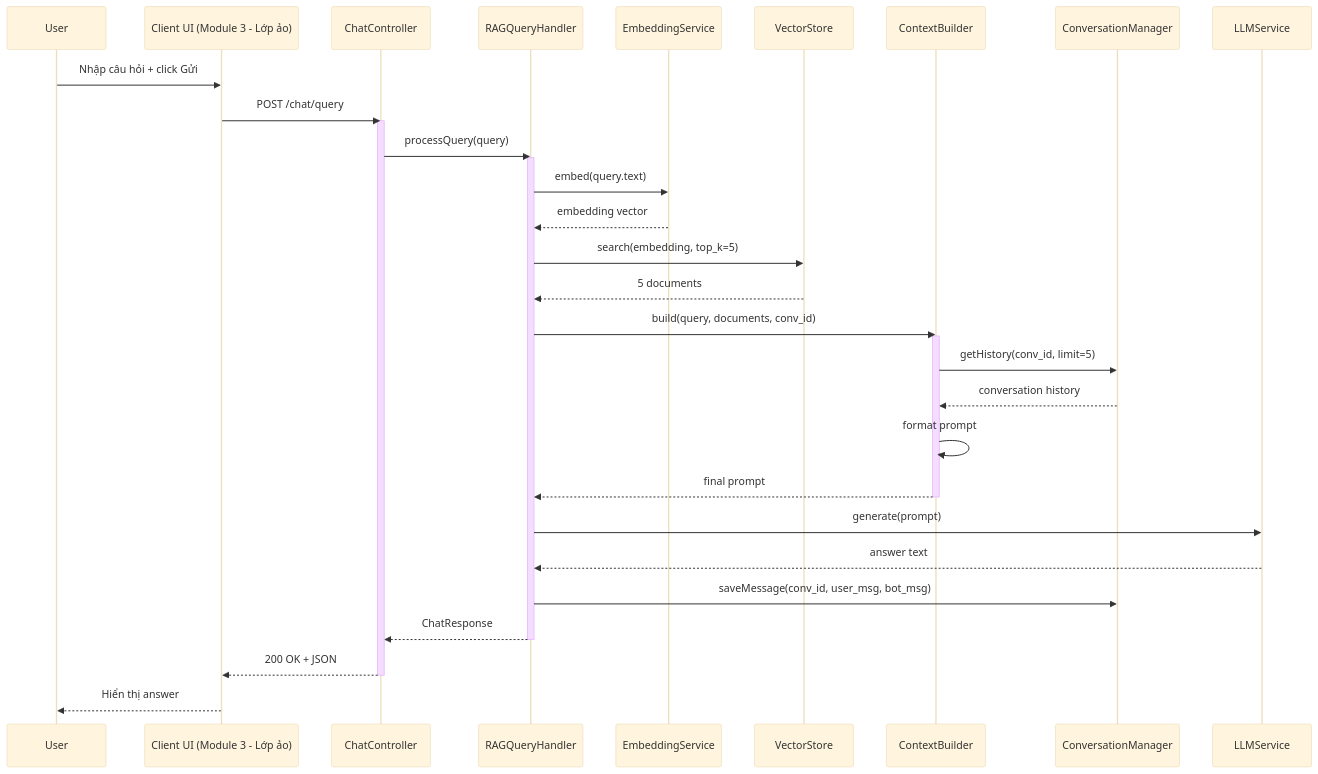
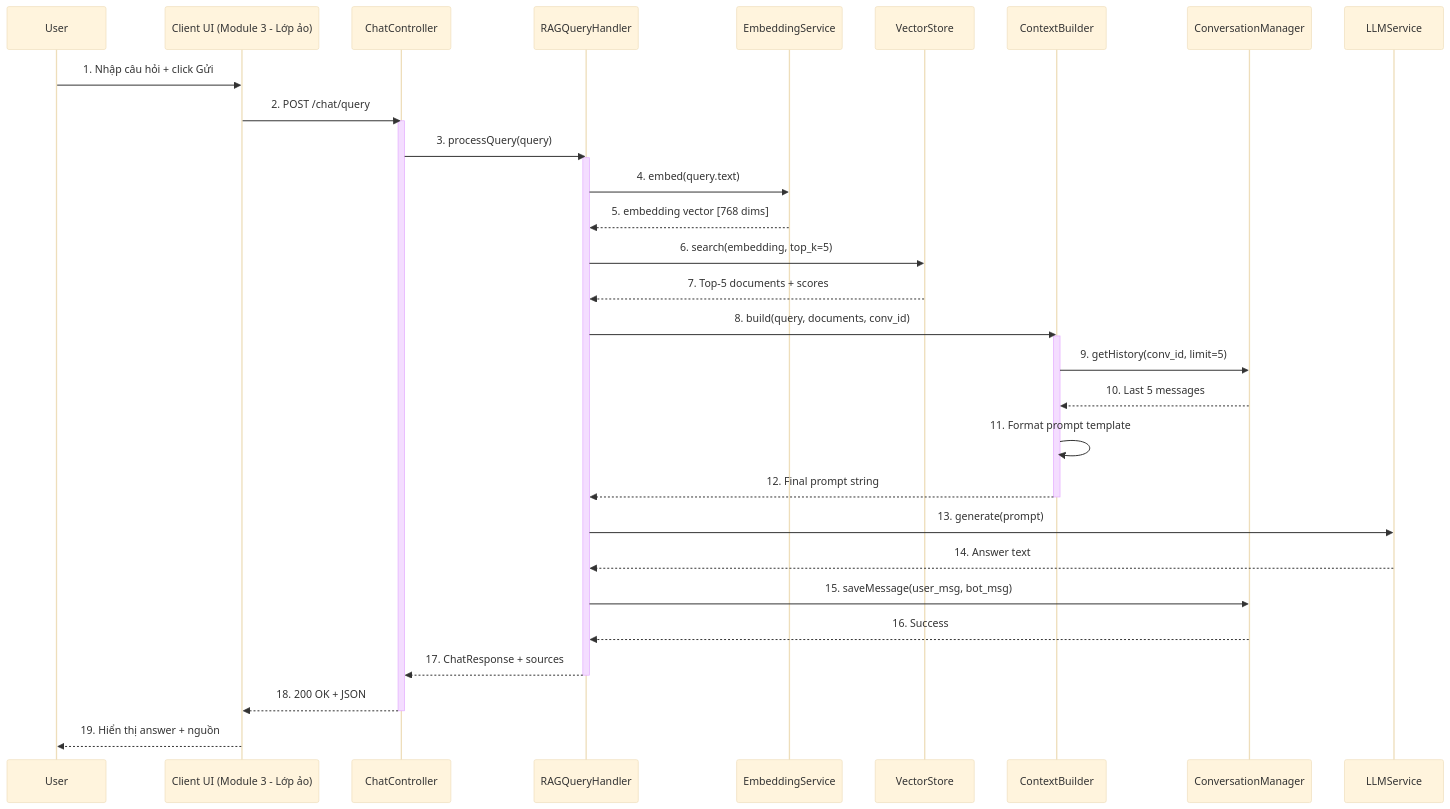
Diagram 14 of 18 in README.md (tvanle/Module2-HTTM), drawn with Mermaid (base theme) before and after one commit. The commit also changed other lines of this file, not shown here.

````diff
--- a/README.md
+++ b/README.md
@@ -665,44 +1337,46 @@
 ```mermaid
 sequenceDiagram
     participant User as User
     participant ClientUI as Client UI (Module 3 - Lớp ảo)
     participant Controller as ChatController
     participant RAG as RAGQueryHandler
     participant Embed as EmbeddingService
     participant VDB as VectorStore
     participant Context as ContextBuilder
     participant Conv as ConversationManager
     participant LLM as LLMService
 
-    User->>ClientUI: Nhập câu hỏi + click Gửi
-    ClientUI->>Controller: POST /chat/query
+    User->>ClientUI: 1. Nhập câu hỏi + click Gửi
+    ClientUI->>Controller: 2. POST /chat/query
     activate Controller
 
-    Controller->>RAG: processQuery(query)
+    Controller->>RAG: 3. processQuery(query)
     activate RAG
 
-    RAG->>Embed: embed(query.text)
-    Embed-->>RAG: embedding vector
+    RAG->>Embed: 4. embed(query.text)
+    Embed-->>RAG: 5. embedding vector [768 dims]
 
-    RAG->>VDB: search(embedding, top_k=5)
-    VDB-->>RAG: 5 documents
+    RAG->>VDB: 6. search(embedding, top_k=5)
+    VDB-->>RAG: 7. Top-5 documents + scores
 
-    RAG->>Context: build(query, documents, conv_id)
+    RAG->>Context: 8. build(query, documents, conv_id)
     activate Context
-    Context->>Conv: getHistory(conv_id, limit=5)
-    Conv-->>Context: conversation history
-    Context->>Context: format prompt
-    Context-->>RAG: final prompt
+    Context->>Conv: 9. getHistory(conv_id, limit=5)
+    Conv-->>Context: 10. Last 5 messages
+    Context->>Context: 11. Format prompt template
+    Context-->>RAG: 12. Final prompt string
     deactivate Context
 
-    RAG->>LLM: generate(prompt)
-    LLM-->>RAG: answer text
+    RAG->>LLM: 13. generate(prompt)
+    LLM-->>RAG: 14. Answer text
 
-    RAG->>Conv: saveMessage(conv_id, user_msg, bot_msg)
-    RAG-->>Controller: ChatResponse
+    RAG->>Conv: 15. saveMessage(user_msg, bot_msg)
+    Conv-->>RAG: 16. Success
+
+    RAG-->>Controller: 17. ChatResponse + sources
     deactivate RAG
 
-    Controller-->>ClientUI: 200 OK + JSON
+    Controller-->>ClientUI: 18. 200 OK + JSON
     deactivate Controller
-    ClientUI-->>User: Hiển thị answer
+    ClientUI-->>User: 19. Hiển thị answer + nguồn
 ```
````
